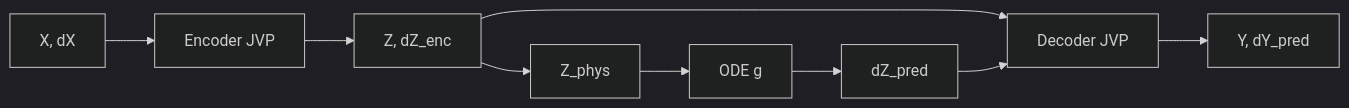
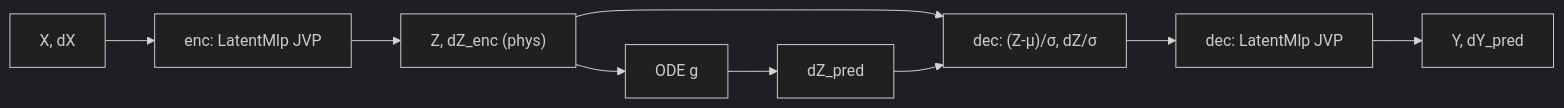
The diagram in docs/latent_ae_ode_math.md (gaurapanasenko/eegexpcpp), drawn with Mermaid (dark theme) before and after one commit. The commit also changed other lines of this file and 18 other files, not shown here.

First line of the commit message:
Merge encoder/decoder into LatentMlp; physical ODE path.

````diff
--- a/docs/latent_ae_ode_math.md
+++ b/docs/latent_ae_ode_math.md
@@ -275,15 +286,16 @@
 ```mermaid
 flowchart LR
   X["X, dX"]
-  E["Encoder JVP"]
-  Z["Z, dZ_enc"]
-  AFF["Z_phys"]
+  Emlp["enc: LatentMlp JVP"]
+  Z["Z, dZ_enc (phys)"]
   ODE["ODE g"]
   dZp["dZ_pred"]
-  D["Decoder JVP"]
+  Dnorm["dec: (Z-μ)/σ, dZ/σ"]
+  Dmlp["dec: LatentMlp JVP"]
   Y["Y, dY_pred"]
-  X --> E --> Z
-  Z --> AFF --> ODE --> dZp
-  Z --> D
-  dZp --> D --> Y
+  X --> Emlp --> Z
+  Z --> ODE --> dZp
+  Z --> Dnorm --> Dmlp
+  dZp --> Dnorm
+  Dmlp --> Y
 ```
````
